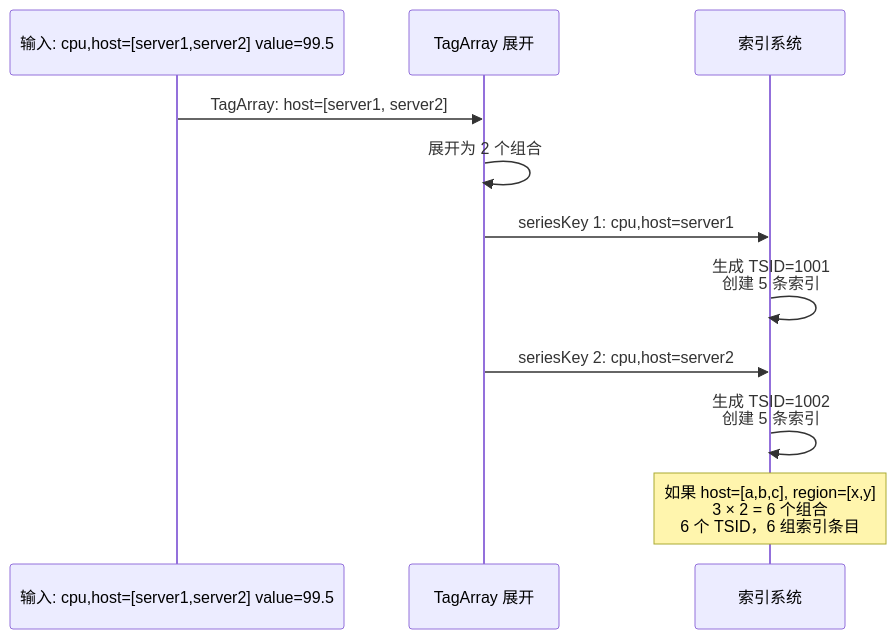
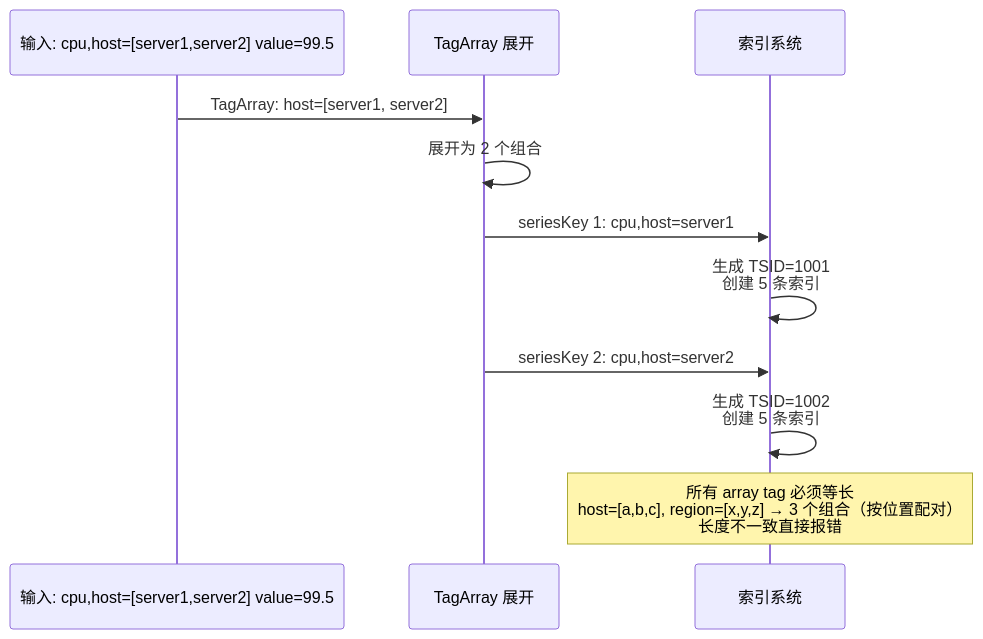
One commit to stefanv5/openGemini changed diagram 27 of 47 in docs/specs/02_index_system_spec.md. Above: the diagram before and after it, drawn with Mermaid. The commit also changed other lines of this file and 37 other files, not shown here.

````diff
--- a/docs/specs/02_index_system_spec.md
+++ b/docs/specs/02_index_system_spec.md
@@ -2628,17 +2693,17 @@
 ```mermaid
 sequenceDiagram
     participant Input as 输入: cpu,host=[server1,server2] value=99.5
     participant Expand as TagArray 展开
     participant Index as 索引系统
 
     Input->>Expand: TagArray: host=[server1, server2]
     Expand->>Expand: 展开为 2 个组合
 
     Expand->>Index: seriesKey 1: cpu,host=server1
     Index->>Index: 生成 TSID=1001<br/>创建 5 条索引
 
     Expand->>Index: seriesKey 2: cpu,host=server2
     Index->>Index: 生成 TSID=1002<br/>创建 5 条索引
 
-    Note over Index: 如果 host=[a,b,c], region=[x,y]<br/>3 × 2 = 6 个组合<br/>6 个 TSID，6 组索引条目
+    Note over Index: 所有 array tag 必须等长<br/>host=[a,b,c], region=[x,y,z] → 3 个组合（按位置配对）<br/>长度不一致直接报错
 ```
````
